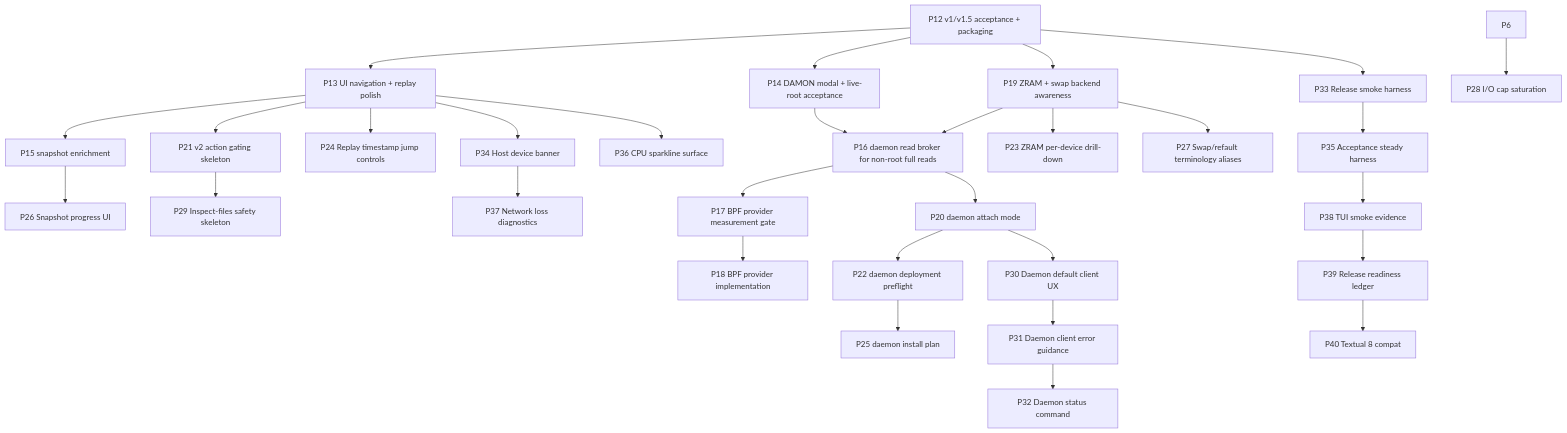
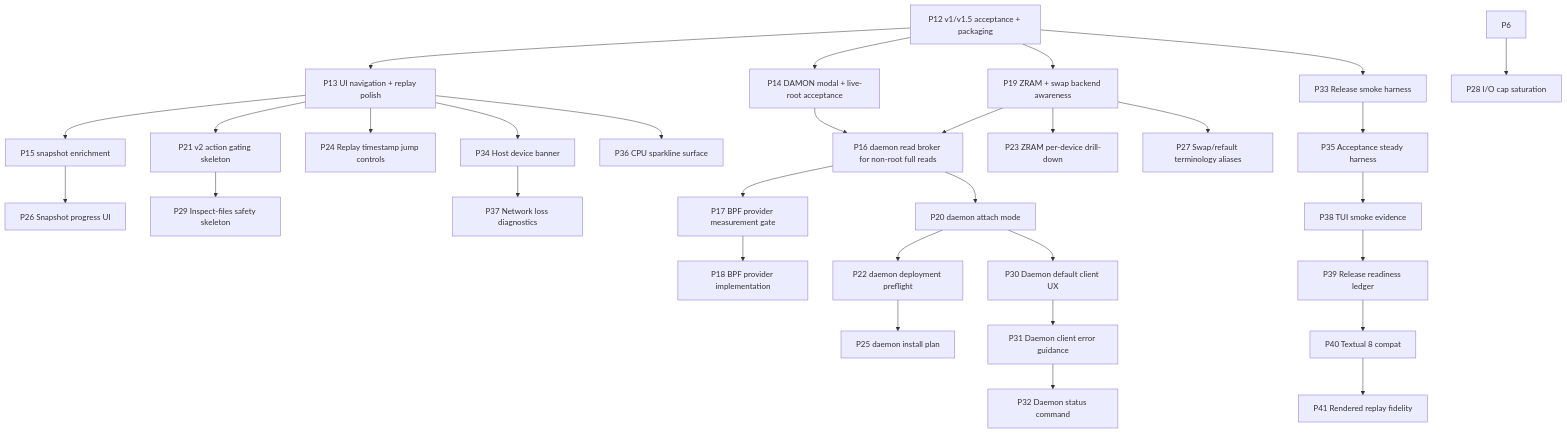
One commit to volkb79-2/vbpub changed the diagram in groop/docs/ROADMAP.md. Above: the diagram before and after it, drawn with Mermaid. The commit also changed other lines of this file and 2 other files, not shown here.

Commit message:
docs(groop): carve P41 rendered replay fidelity

````diff
--- a/groop/docs/ROADMAP.md
+++ b/groop/docs/ROADMAP.md
@@ -27,32 +27,33 @@
 ```mermaid
 flowchart TD
     P12[P12 v1/v1.5 acceptance + packaging] --> P13[P13 UI navigation + replay polish]
     P12 --> P14[P14 DAMON modal + live-root acceptance]
     P13 --> P15[P15 snapshot enrichment]
     P12 --> P19[P19 ZRAM + swap backend awareness]
     P19 --> P16[P16 daemon read broker for non-root full reads]
     P14 --> P16
     P16 --> P17[P17 BPF provider measurement gate]
     P17 --> P18[P18 BPF provider implementation]
     P16 --> P20[P20 daemon attach mode]
     P20 --> P22[P22 daemon deployment preflight]
     P22 --> P25[P25 daemon install plan]
     P13 --> P21[P21 v2 action gating skeleton]
     P19 --> P23[P23 ZRAM per-device drill-down]
     P13 --> P24[P24 Replay timestamp jump controls]
     P15 --> P26[P26 Snapshot progress UI]
     P19 --> P27[P27 Swap/refault terminology aliases]
     P6 --> P28[P28 I/O cap saturation]
     P21 --> P29[P29 Inspect-files safety skeleton]
     P20 --> P30[P30 Daemon default client UX]
     P30 --> P31[P31 Daemon client error guidance]
     P31 --> P32[P32 Daemon status command]
     P12 --> P33[P33 Release smoke harness]
     P33 --> P35[P35 Acceptance steady harness]
     P13 --> P34[P34 Host device banner]
     P13 --> P36[P36 CPU sparkline surface]
     P34 --> P37[P37 Network loss diagnostics]
     P35 --> P38[P38 TUI smoke evidence]
     P38 --> P39[P39 Release readiness ledger]
     P39 --> P40[P40 Textual 8 compat]
+    P40 --> P41[P41 Rendered replay fidelity]
 ```
````
